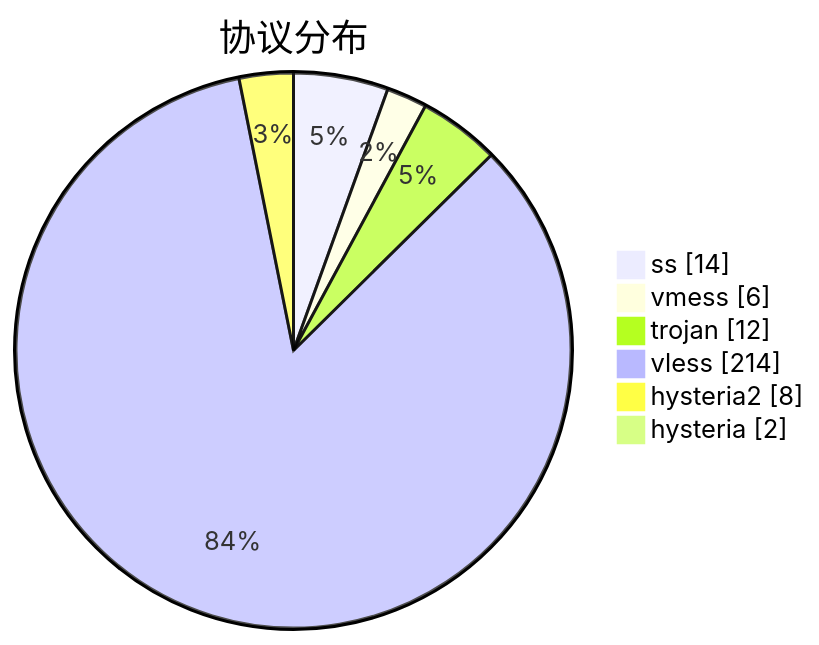
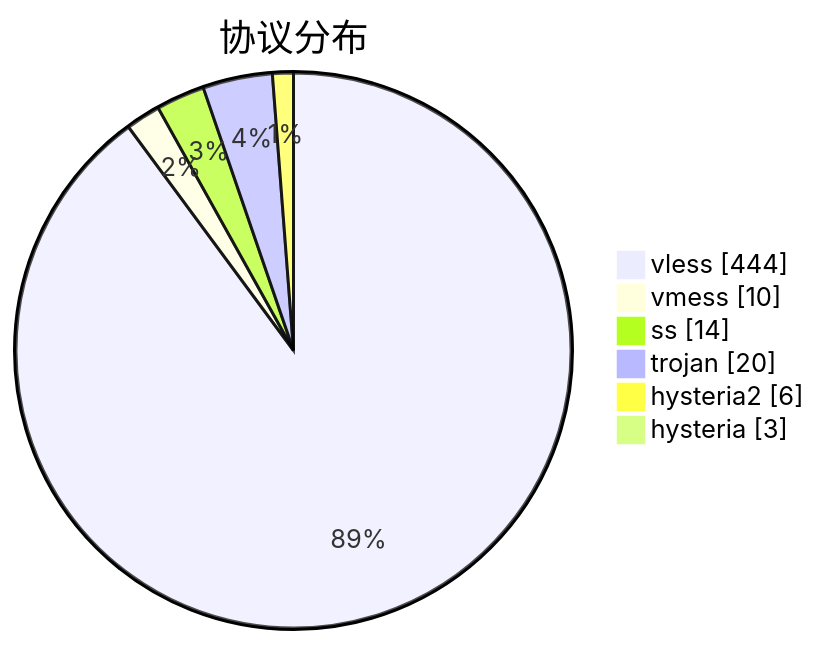
The third of 3 diagrams in subs/statistics/tested_within.md (sinspired/airport), drawn with Mermaid before and after one commit. The commit also changed other lines of this file and 2 other files, not shown here.

````diff
--- a/subs/statistics/tested_within.md
+++ b/subs/statistics/tested_within.md
@@ -41,10 +36,10 @@
 ```mermaid
 pie showData
 title 协议分布
+"vless" : 444
+"vmess" : 10
 "ss" : 14
-"vmess" : 6
-"trojan" : 12
-"vless" : 214
-"hysteria2" : 8
-"hysteria" : 2
+"trojan" : 20
+"hysteria2" : 6
+"hysteria" : 3
 ```
````
